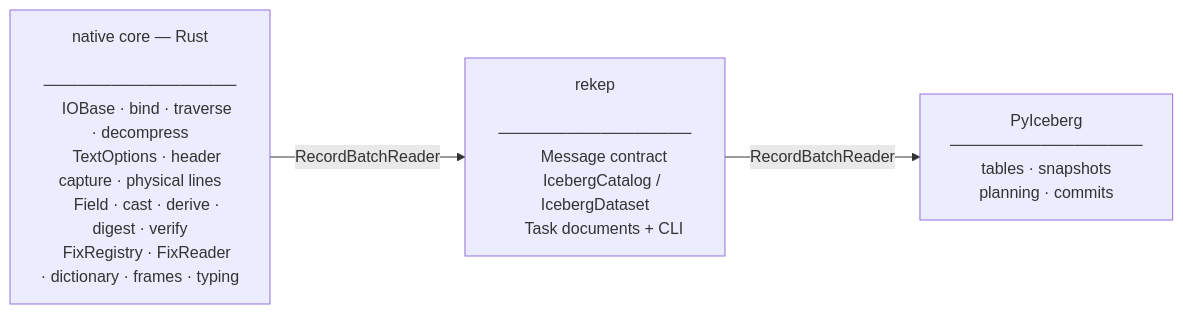
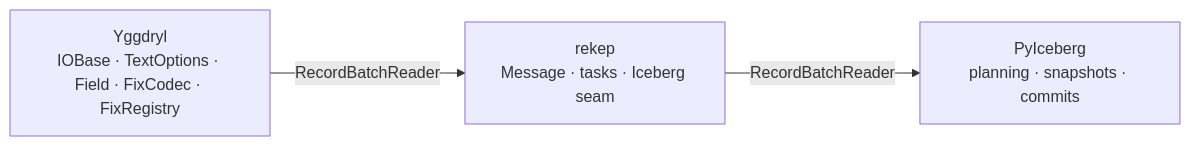
Before and after one commit to Platob/yggfin: the first of 3 diagrams in docs/overview/architecture.md, drawn with Mermaid. The commit also changed other lines of this file and 46 other files, not shown here.

Commit message:
Integrate native ULBridge text and FIX pipeline

````diff
--- a/docs/overview/architecture.md
+++ b/docs/overview/architecture.md
@@ -7,19 +7,7 @@
 ```mermaid
 flowchart LR
-    N["native core — Rust
-    ─────────────────
-    IOBase · bind · traverse · decompress
-    TextOptions · header capture · physical lines
-    Field · cast · derive · digest · verify
-    FixRegistry · FixReader · dictionary · frames · typing"]
-    K["rekep
-    ─────────────────
-    Message contract
-    IcebergCatalog / IcebergDataset
-    Task documents + CLI"]
-    I["PyIceberg
-    ─────────────────
-    tables · snapshots
-    planning · commits"]
+    N["Yggdryl<br/>IOBase · TextOptions · Field · FixCodec · FixRegistry"]
+    K["rekep<br/>Message · tasks · Iceberg seam"]
+    I["PyIceberg<br/>planning · snapshots · commits"]
     N -->|RecordBatchReader| K -->|RecordBatchReader| I
 ```
````
